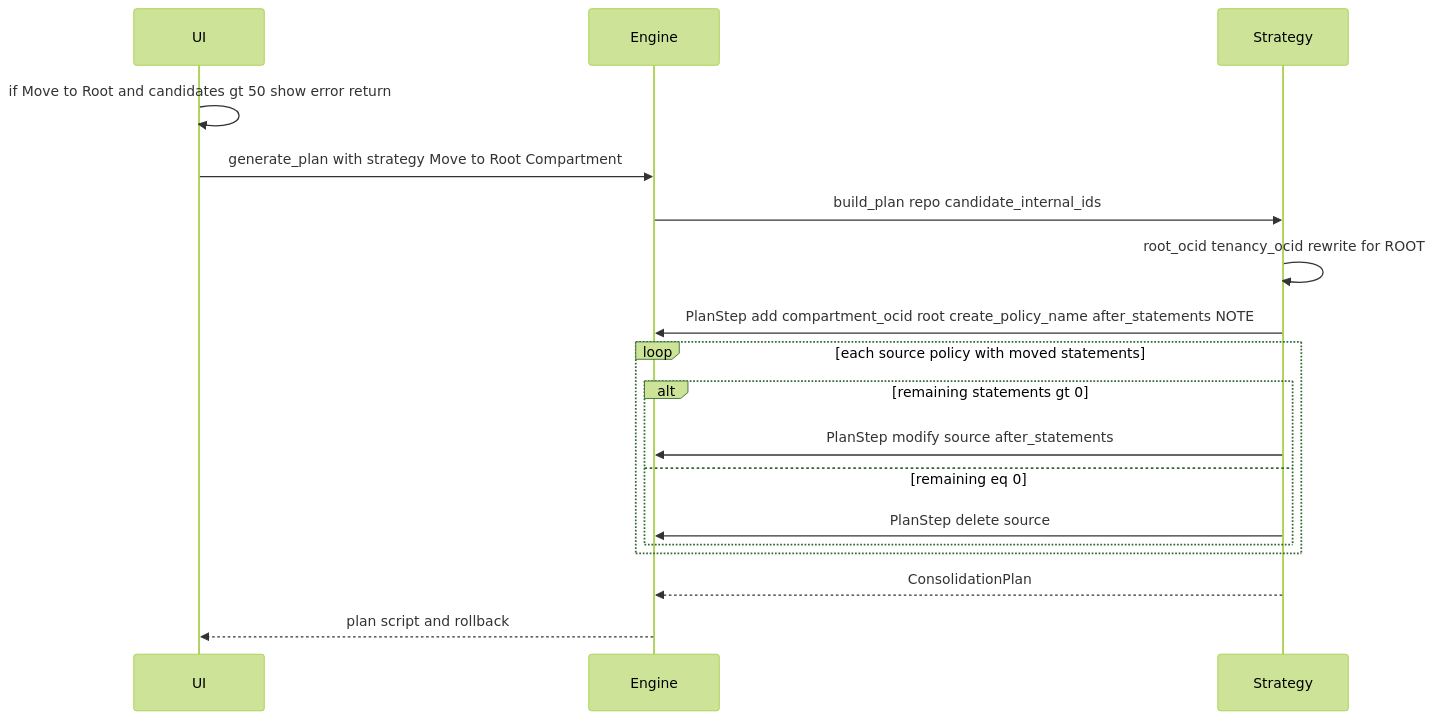
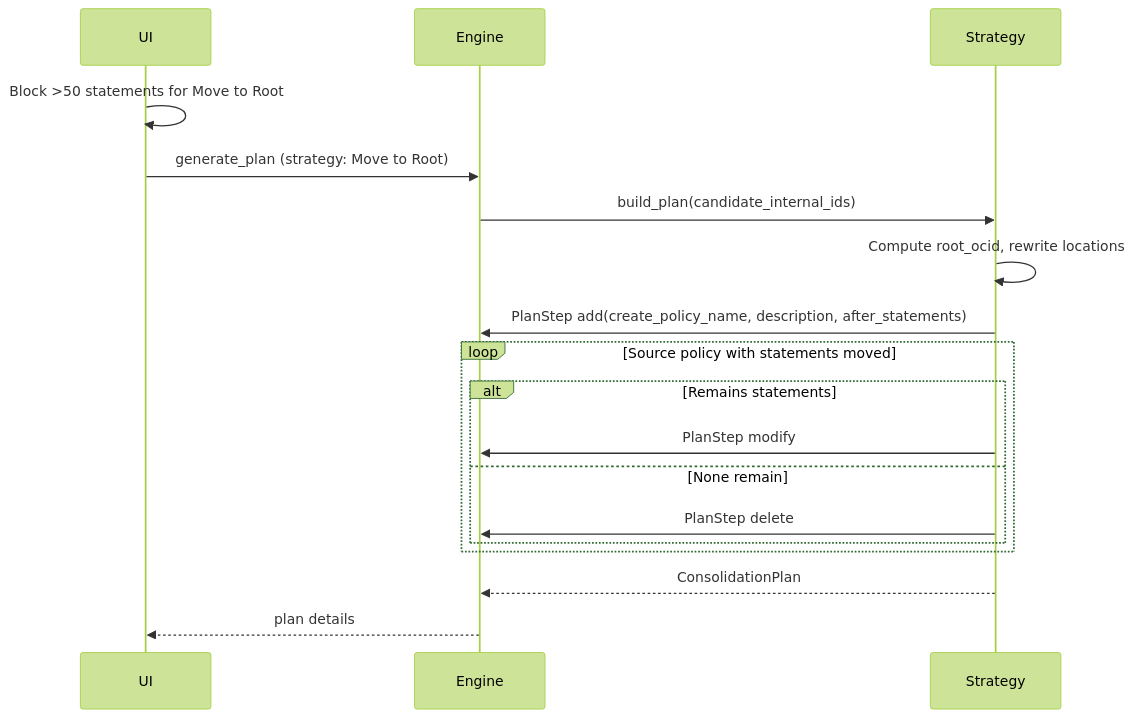
One commit to agregory999/oci-policy-analysis changed the fourth of 12 diagrams in docs/context/project/CONTEXT_policy_consolidation.md. Above: the diagram before and after it, drawn with Mermaid (forest theme). The commit also changed other lines of this file and 24 other files, not shown here.

````diff
--- a/docs/context/project/CONTEXT_policy_consolidation.md
+++ b/docs/context/project/CONTEXT_policy_consolidation.md
@@ -140,20 +144,20 @@
 ```mermaid
 sequenceDiagram
     participant UI
     participant Engine
     participant Strategy
-    UI->>UI: if Move to Root and candidates gt 50 show error return
-    UI->>Engine: generate_plan with strategy Move to Root Compartment
-    Engine->>Strategy: build_plan repo candidate_internal_ids
-    Strategy->>Strategy: root_ocid tenancy_ocid rewrite for ROOT
-    Strategy->>Engine: PlanStep add compartment_ocid root create_policy_name after_statements NOTE
-    loop each source policy with moved statements
-        alt remaining statements gt 0
-            Strategy->>Engine: PlanStep modify source after_statements
-        else remaining eq 0
-            Strategy->>Engine: PlanStep delete source
+    UI->>UI: Block >50 statements for Move to Root
+    UI->>Engine: generate_plan (strategy: Move to Root)
+    Engine->>Strategy: build_plan(candidate_internal_ids)
+    Strategy->>Strategy: Compute root_ocid, rewrite locations
+    Strategy->>Engine: PlanStep add(create_policy_name, description, after_statements)
+    loop Source policy with statements moved
+        alt Remains statements
+            Strategy->>Engine: PlanStep modify
+        else None remain
+            Strategy->>Engine: PlanStep delete
         end
     end
     Strategy-->>Engine: ConsolidationPlan
-    Engine-->>UI: plan script and rollback
+    Engine-->>UI: plan details
 ```
````
